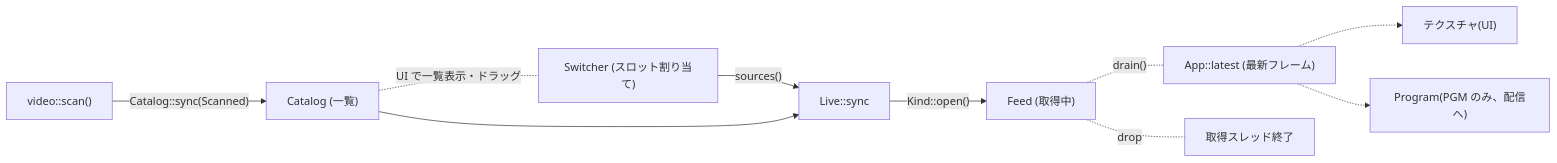
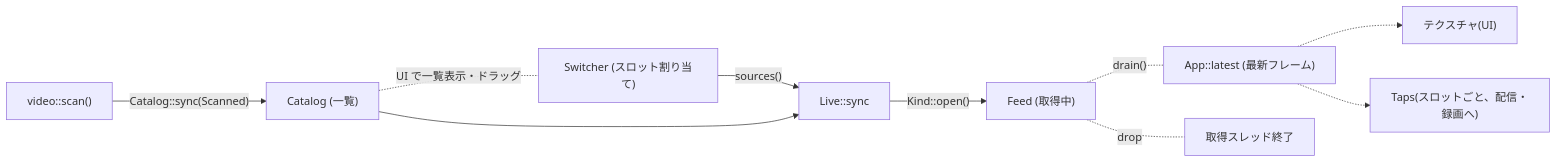
One commit to sohosai/Osechi changed the diagram in docs/video-source.md. Above: the diagram before and after it, drawn with Mermaid. The commit also changed other lines of this file and 22 other files, not shown here.

````diff
--- a/docs/video-source.md
+++ b/docs/video-source.md
@@ -139,12 +139,12 @@
 ```mermaid
 graph LR
     SCAN["video::scan()"] -->|"Catalog::sync(Scanned)"| C["Catalog (一覧)"]
     C -.-|"UI で一覧表示・ドラッグ"| SW["Switcher (スロット割り当て)"]
     SW -->|"sources()"| L["Live::sync"]
     C --> L
     L -->|"Kind::open()"| F["Feed (取得中)"]
     F -.-|"drain()"| LT["App::latest (最新フレーム)"]
     LT -.-> T["テクスチャ(UI)"]
-    LT -.-> P["Program(PGM のみ、配信へ)"]
+    LT -.-> P["Taps(スロットごと、配信・録画へ)"]
     F -.-|"drop"| X["取得スレッド終了"]
 ```
````
